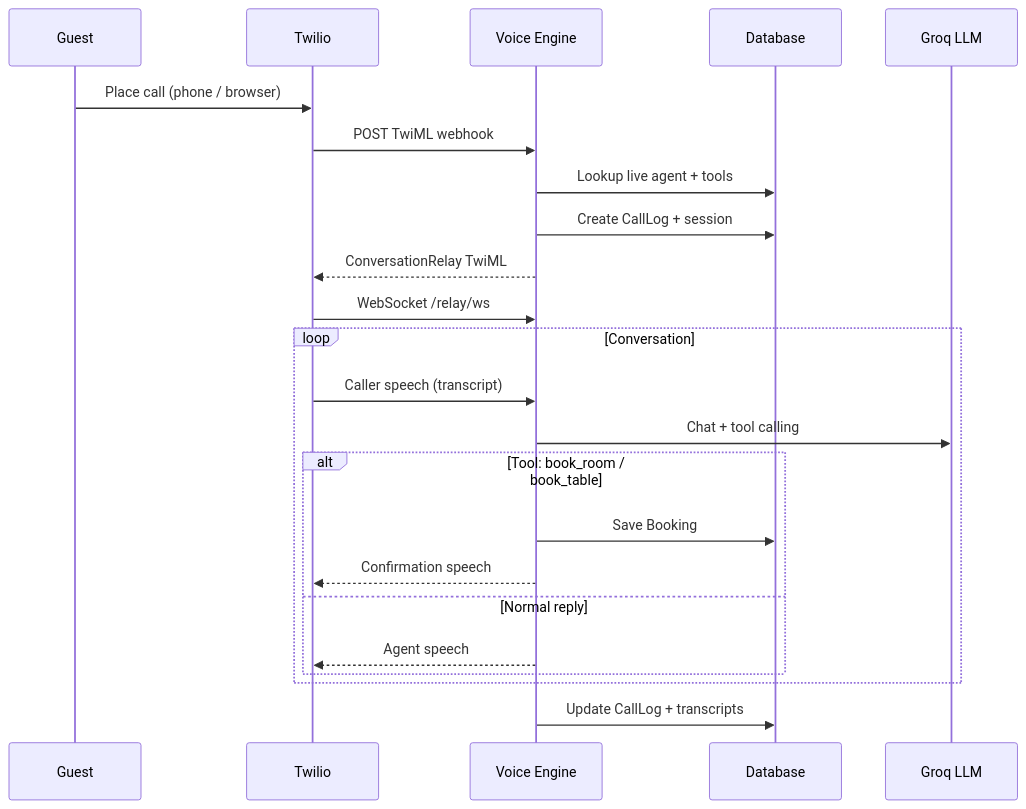
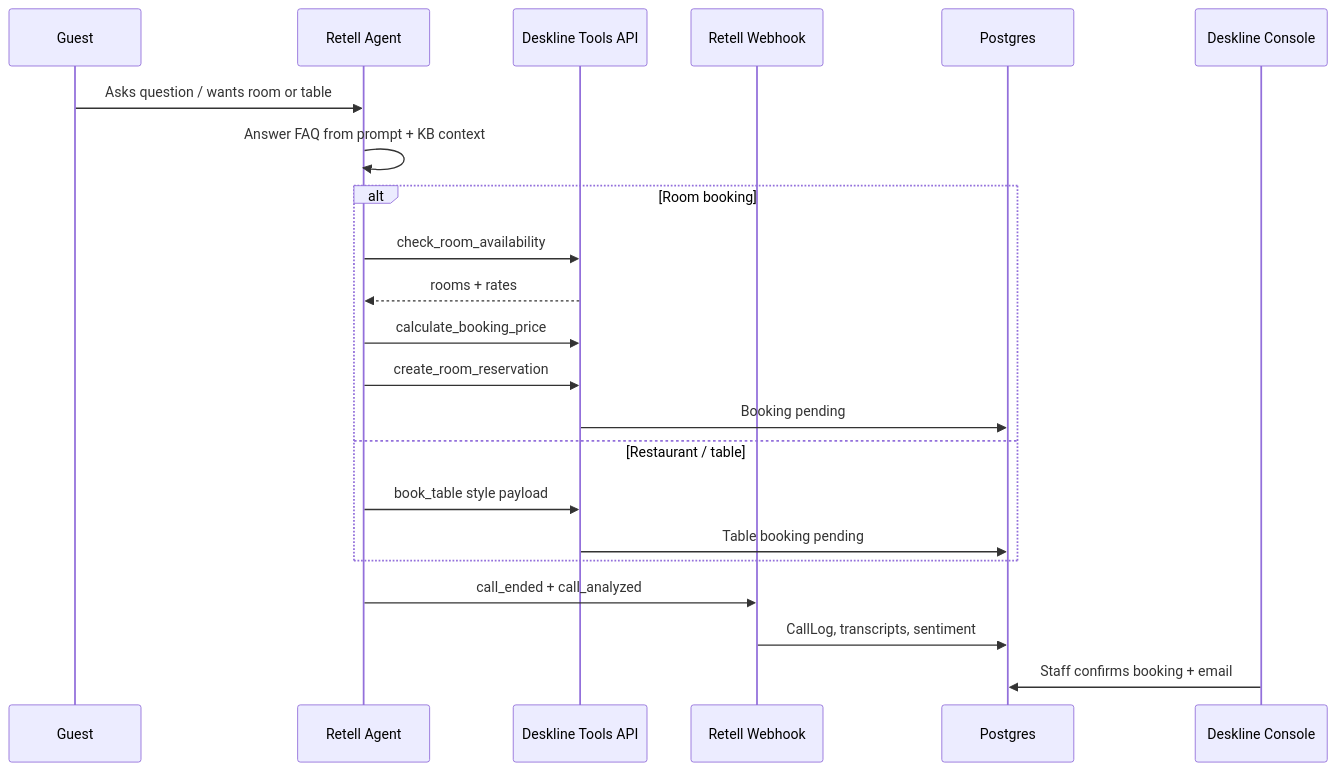
Before and after one commit to karan-chandel-asc/ai-voice-agent-platform: the second of 4 diagrams in README.md, drawn with Mermaid. The commit also changed other lines of this file and 53 other files, not shown here.

````diff
--- a/README.md
+++ b/README.md
@@ -97,26 +136,25 @@
 ```mermaid
 sequenceDiagram
   participant Guest
-  participant Twilio
-  participant FastAPI as Voice Engine
-  participant DB as Database
-  participant Groq as Groq LLM
+  participant Retell as Retell Agent
+  participant Tools as Deskline Tools API
+  participant WH as Retell Webhook
+  participant DB as Postgres
+  participant Ops as Deskline Console
 
-  Guest->>Twilio: Place call (phone / browser)
-  Twilio->>FastAPI: POST TwiML webhook
-  FastAPI->>DB: Lookup live agent + tools
-  FastAPI->>DB: Create CallLog + session
-  FastAPI-->>Twilio: ConversationRelay TwiML
-  Twilio->>FastAPI: WebSocket /relay/ws
-  loop Conversation
-    Twilio->>FastAPI: Caller speech (transcript)
-    FastAPI->>Groq: Chat + tool calling
-    alt Tool: book_room / book_table
-      FastAPI->>DB: Save Booking
-      FastAPI-->>Twilio: Confirmation speech
-    else Normal reply
-      FastAPI-->>Twilio: Agent speech
-    end
+  Guest->>Retell: Asks question / wants room or table
+  Retell->>Retell: Answer FAQ from prompt + KB context
+  alt Room booking
+    Retell->>Tools: check_room_availability
+    Tools-->>Retell: rooms + rates
+    Retell->>Tools: calculate_booking_price
+    Retell->>Tools: create_room_reservation
+    Tools->>DB: Booking pending
+  else Restaurant / table
+    Retell->>Tools: book_table style payload
+    Tools->>DB: Table booking pending
   end
-  FastAPI->>DB: Update CallLog + transcripts
+  Retell->>WH: call_ended + call_analyzed
+  WH->>DB: CallLog, transcripts, sentiment
+  Ops->>DB: Staff confirms booking + email
 ```
````
